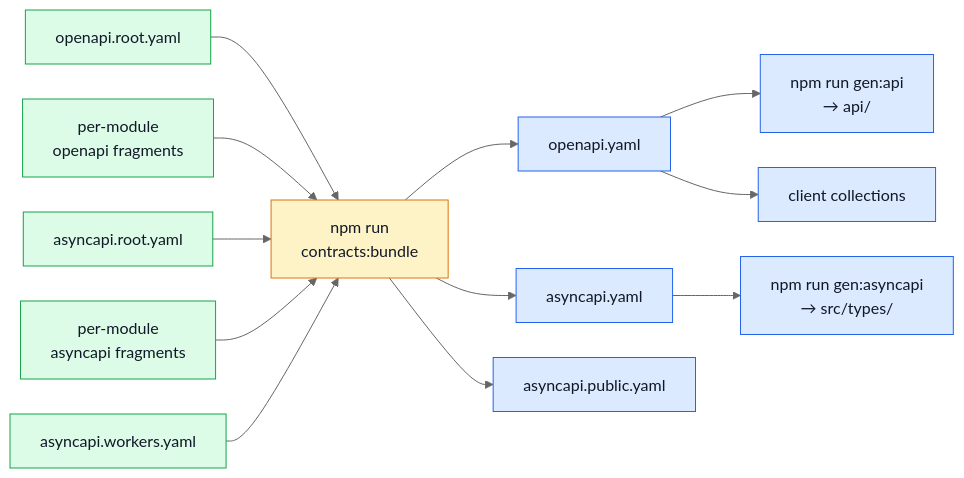
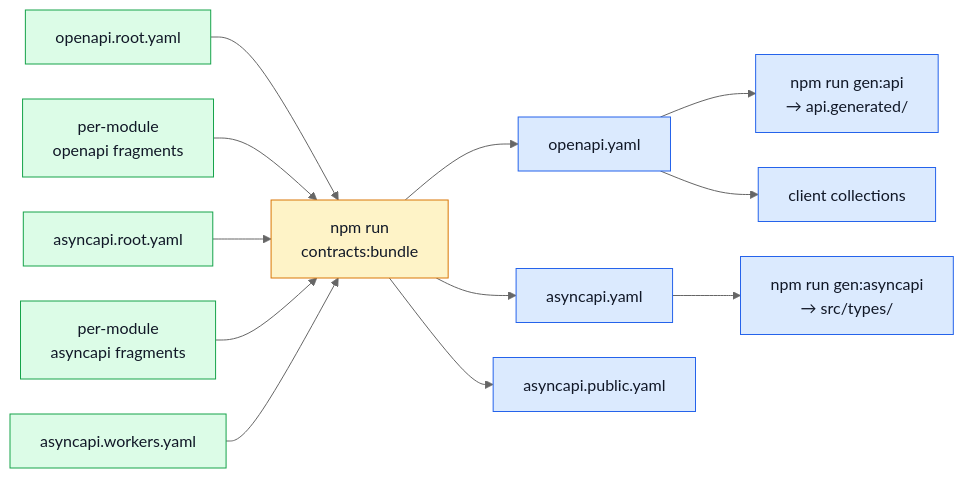
One commit to Guebbit/boilerplate-node-backend changed the diagram in docs/reference/contracts.md. Above: the diagram before and after it, drawn with Mermaid (neutral theme). The commit also changed other lines of this file and 56 other files, not shown here.

````diff
--- a/docs/reference/contracts.md
+++ b/docs/reference/contracts.md
@@ -19,24 +19,24 @@
 ```mermaid
 %%{init: {'flowchart': {'nodeSpacing': 35, 'rankSpacing': 45}}}%%
 flowchart LR
     RootO["openapi.root.yaml"] --> Bundle["npm run<br/>contracts:bundle"]
     FragO["per-module<br/>openapi fragments"] --> Bundle
     RootA["asyncapi.root.yaml"] --> Bundle
     FragA["per-module<br/>asyncapi fragments"] --> Bundle
     Work["asyncapi.workers.yaml"] --> Bundle
 
     Bundle --> O["openapi.yaml"]
     Bundle --> A["asyncapi.yaml"]
     Bundle --> P["asyncapi.public.yaml"]
 
-    O --> Orval["npm run gen:api<br/>→ api/"]
+    O --> Orval["npm run gen:api<br/>→ api.generated/"]
     O --> Coll["client collections"]
     A --> Types["npm run gen:asyncapi<br/>→ src/types/"]
 
     classDef src fill:#dcfce7,stroke:#16a34a,color:#111827;
     classDef gen fill:#fef3c7,stroke:#d97706,color:#111827;
     classDef out fill:#dbeafe,stroke:#2563eb,color:#111827;
     class RootO,FragO,RootA,FragA,Work src;
     class Bundle gen;
     class O,A,P,Orval,Coll,Types out;
 ```
````
